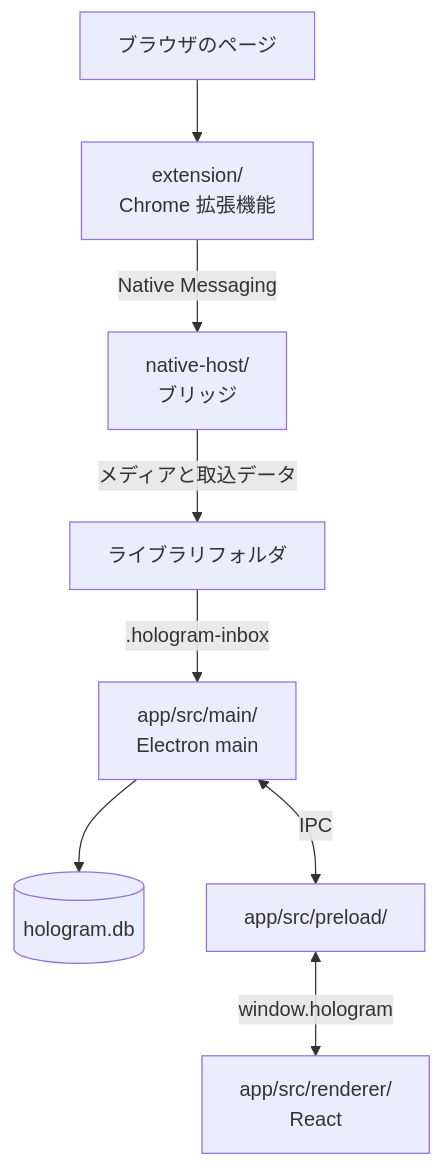
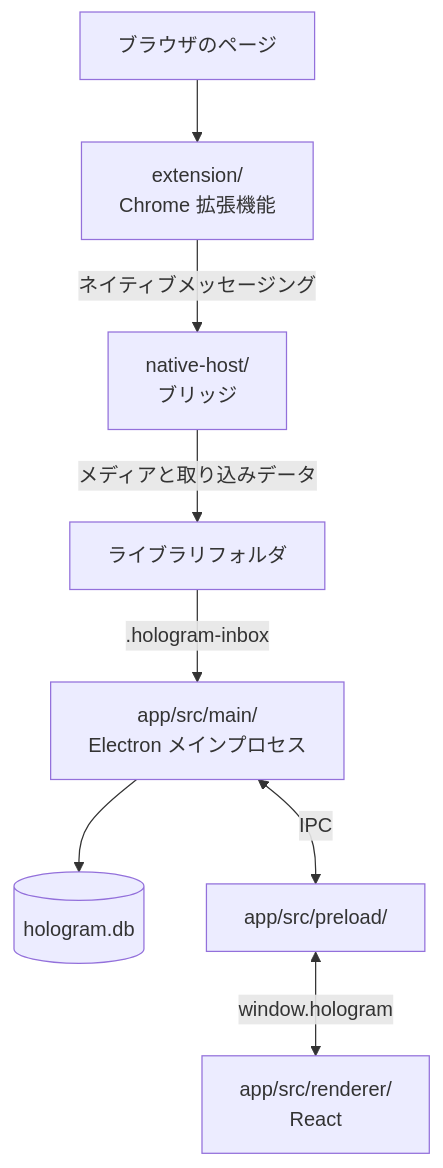
Before and after one commit to apricot-cake/hologram: the diagram in docs/アーキテクチャ.md, drawn with Mermaid. The commit also changed other lines of this file and 8 other files, not shown here.

````diff
--- a/docs/アーキテクチャ.md
+++ b/docs/アーキテクチャ.md
@@ -7,10 +7,10 @@
 ```mermaid
 flowchart TB
   Page["ブラウザのページ"] --> Extension["extension/\nChrome 拡張機能"]
-  Extension -->|"Native Messaging"| Host["native-host/\nブリッジ"]
-  Host -->|"メディアと取込データ"| Library["ライブラリフォルダ"]
-  Library -->|".hologram-inbox"| Main["app/src/main/\nElectron main"]
+  Extension -->|"ネイティブメッセージング"| Host["native-host/\nブリッジ"]
+  Host -->|"メディアと取り込みデータ"| Library["ライブラリフォルダ"]
+  Library -->|".hologram-inbox"| Main["app/src/main/\nElectron メインプロセス"]
   Main --> DB[("hologram.db")]
   Main <-->|"IPC"| Preload["app/src/preload/"]
   Preload <-->|"window.hologram"| Renderer["app/src/renderer/\nReact"]
 ```
````
